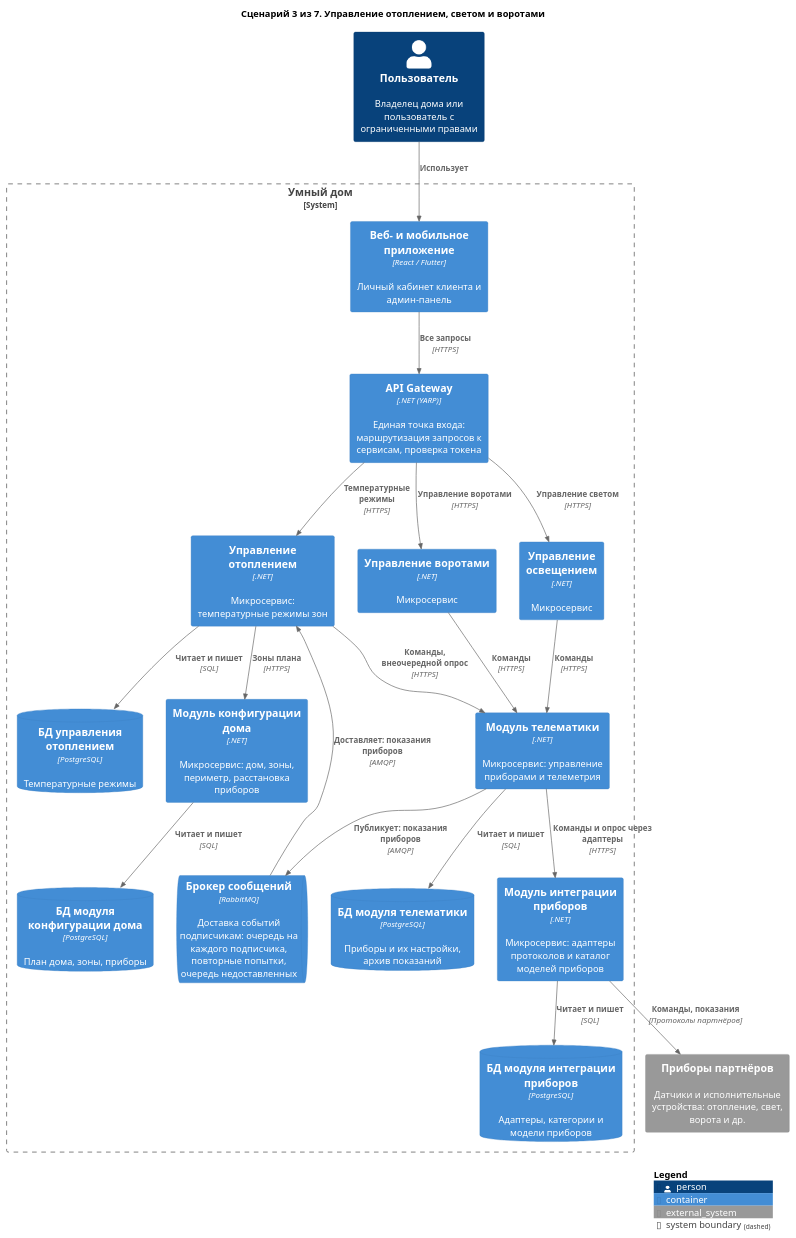
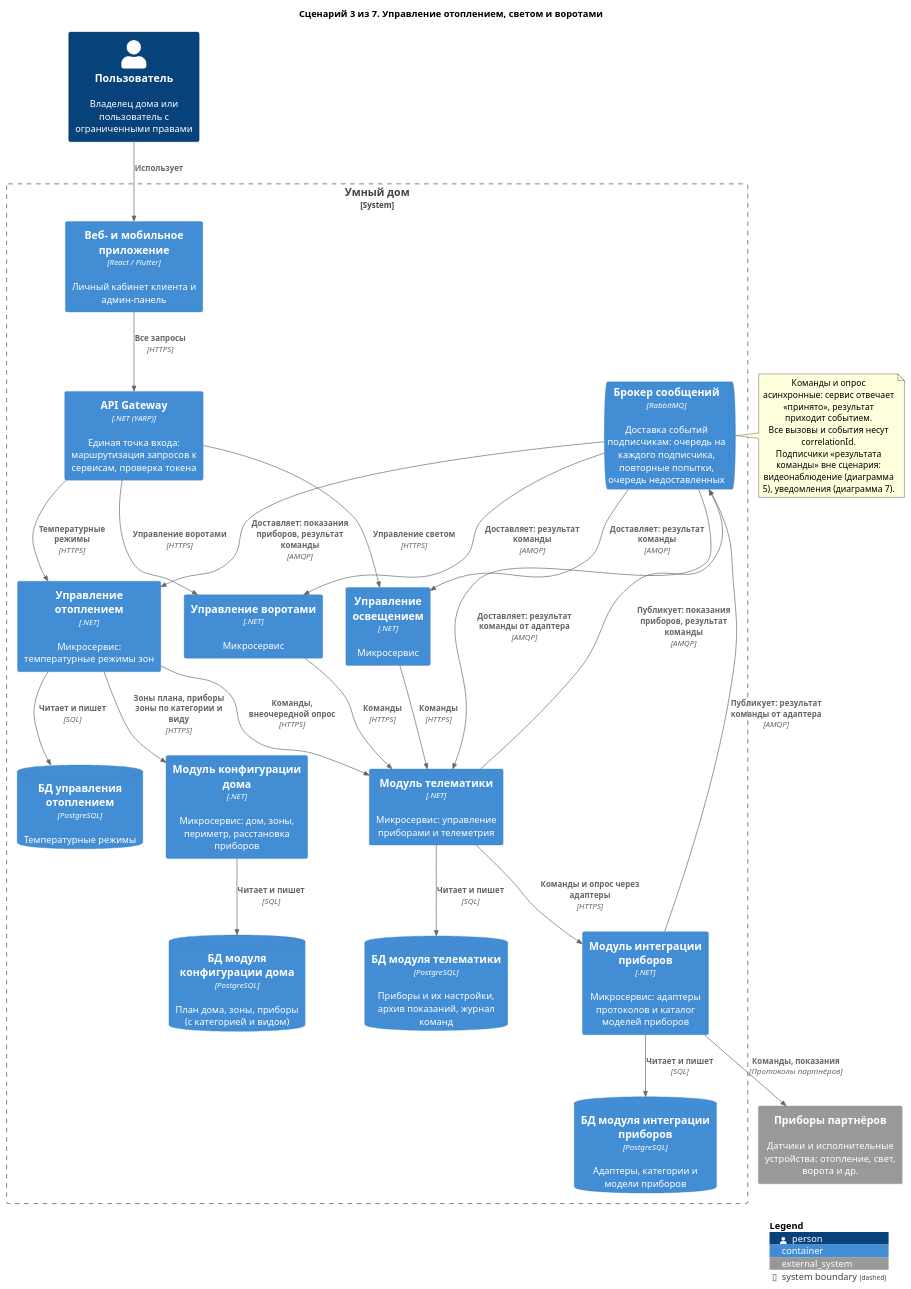
The diagram in diagrams/containers-scenarios/03-device-control.puml (Lyamin-av/architecture-warmhouse), drawn with PlantUML before and after one commit. The commit also changed 35 other files, not shown here.

First line of the commit message:
Диаграммы Задания 2 по решениям Задания 4: результат команды, итоговые события сервисов, correlationId, журнал команд, категория и вид прибора, SetModeAsync с температурой

```diff
--- a/diagrams/containers-scenarios/03-device-control.puml
+++ b/diagrams/containers-scenarios/03-device-control.puml
@@ -1,46 +1,58 @@
 @startuml 03-device-control
 !include <C4/C4_Container>
 
 title Сценарий 3 из 7. Управление отоплением, светом и воротами
 
 Person(user, "Пользователь", "Владелец дома или пользователь с ограниченными правами")
 
 System_Boundary(Warmhouse, "Умный дом") {
     Container(apps, "Веб- и мобильное приложение", "React / Flutter", "Личный кабинет клиента и админ-панель")
     Container(Gateway, "API Gateway", ".NET (YARP)", "Единая точка входа: маршрутизация запросов к сервисам, проверка токена")
     Container(Heating, "Управление отоплением", ".NET", "Микросервис: температурные режимы зон")
     Container(Lighting, "Управление освещением", ".NET", "Микросервис")
     Container(GateControl, "Управление воротами", ".NET", "Микросервис")
     Container(HouseConfigurator, "Модуль конфигурации дома", ".NET", "Микросервис: дом, зоны, периметр, расстановка приборов")
     Container(Telematics, "Модуль телематики", ".NET", "Микросервис: управление приборами и телеметрия")
     Container(DeviceIntegration, "Модуль интеграции приборов", ".NET", "Микросервис: адаптеры протоколов и каталог моделей приборов")
     ContainerQueue(Broker, "Брокер сообщений", "RabbitMQ", "Доставка событий подписчикам: очередь на каждого подписчика, повторные попытки, очередь недоставленных")
     ContainerDb(dbHeating, "БД управления отоплением", "PostgreSQL", "Температурные режимы")
-    ContainerDb(dbTelematics, "БД модуля телематики", "PostgreSQL", "Приборы и их настройки, архив показаний")
+    ContainerDb(dbTelematics, "БД модуля телематики", "PostgreSQL", "Приборы и их настройки, архив показаний, журнал команд")
     ContainerDb(dbDIS, "БД модуля интеграции приборов", "PostgreSQL", "Адаптеры, категории и модели приборов")
-    ContainerDb(dbHC, "БД модуля конфигурации дома", "PostgreSQL", "План дома, зоны, приборы")
+    ContainerDb(dbHC, "БД модуля конфигурации дома", "PostgreSQL", "План дома, зоны, приборы (с категорией и видом)")
 }
 
 System_Ext(devices, "Приборы партнёров", "Датчики и исполнительные устройства: отопление, свет, ворота и др.")
 
 Rel(user, apps, "Использует")
 Rel(apps, Gateway, "Все запросы", "HTTPS")
 Rel(Gateway, Heating, "Температурные режимы", "HTTPS")
 Rel(Gateway, Lighting, "Управление светом", "HTTPS")
 Rel(Gateway, GateControl, "Управление воротами", "HTTPS")
-Rel(Heating, HouseConfigurator, "Зоны плана", "HTTPS")
+Rel(Heating, HouseConfigurator, "Зоны плана, приборы зоны по категории и виду", "HTTPS")
 Rel(Heating, Telematics, "Команды, внеочередной опрос", "HTTPS")
-Rel(Telematics, Broker, "Публикует: показания приборов", "AMQP")
-Rel(Broker, Heating, "Доставляет: показания приборов", "AMQP")
+Rel(Telematics, Broker, "Публикует: показания приборов, результат команды", "AMQP")
+Rel(Broker, Heating, "Доставляет: показания приборов, результат команды", "AMQP")
+Rel(Broker, Lighting, "Доставляет: результат команды", "AMQP")
+Rel(Broker, GateControl, "Доставляет: результат команды", "AMQP")
+Rel(DeviceIntegration, Broker, "Публикует: результат команды от адаптера", "AMQP")
+Rel(Broker, Telematics, "Доставляет: результат команды от адаптера", "AMQP")
+
+note right of Broker
+  Команды и опрос асинхронные: сервис отвечает
+  «принято», результат приходит событием.
+  Все вызовы и события несут correlationId.
+  Подписчики «результата команды» вне сценария:
+  видеонаблюдение (диаграмма 5), уведомления (диаграмма 7).
+end note
 Rel(Lighting, Telematics, "Команды", "HTTPS")
 Rel(GateControl, Telematics, "Команды", "HTTPS")
 Rel(Telematics, DeviceIntegration, "Команды и опрос через адаптеры", "HTTPS")
 Rel(DeviceIntegration, devices, "Команды, показания", "Протоколы партнёров")
 
 Rel(Heating, dbHeating, "Читает и пишет", "SQL")
 Rel(Telematics, dbTelematics, "Читает и пишет", "SQL")
 Rel(DeviceIntegration, dbDIS, "Читает и пишет", "SQL")
 Rel(HouseConfigurator, dbHC, "Читает и пишет", "SQL")
 
 SHOW_LEGEND()
 @enduml
```
